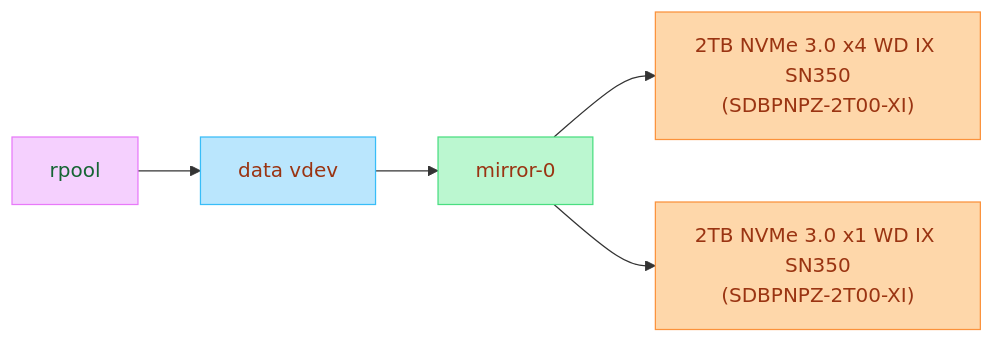
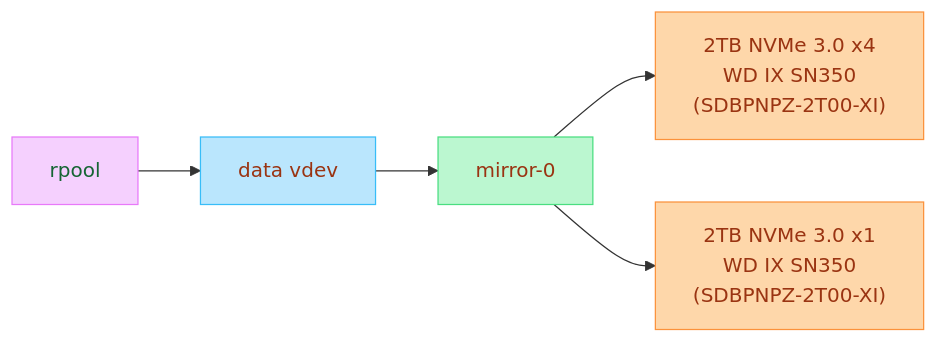
The third of 3 diagrams in README.md (danterazo/docker-configs), drawn with Mermaid before and after one commit. The commit also changed other lines of this file, not shown here.

Commit message:
Format WD SSDs

````diff
--- a/README.md
+++ b/README.md
@@ -68,17 +68,17 @@
 ```mermaid
 flowchart LR
     rpool --> rpool_data["data vdev"]
     rpool_data --> rpool_mirror["mirror-0"]
-    rpool_mirror --> rpool_nvme1["2TB NVMe 3.0 x4 WD IX SN350<br>(SDBPNPZ-2T00-XI)"]
-    rpool_mirror --> rpool_nvme2["2TB NVMe 3.0 x1 WD IX SN350<br>(SDBPNPZ-2T00-XI)"]
+    rpool_mirror --> rpool_nvme1["2TB NVMe 3.0 x4<br>WD IX SN350<br>(SDBPNPZ-2T00-XI)"]
+    rpool_mirror --> rpool_nvme2["2TB NVMe 3.0 x1<br>WD IX SN350<br>(SDBPNPZ-2T00-XI)"]
 
     classDef pool fill:#f5d0fe,color:#166534,stroke:#e879f9
     classDef vdev fill:#bae6fd,color:#9a3412,stroke:#38bdf8
     classDef mirror fill:#bbf7d0,color:#9a3412,stroke:#4ade80
     classDef disk fill:#fed7aa,color:#9a3412,stroke:#fb923c
 
     class rpool pool
     class rpool_data vdev
     class rpool_mirror mirror
     class rpool_nvme1,rpool_nvme2 disk
 ```
````
